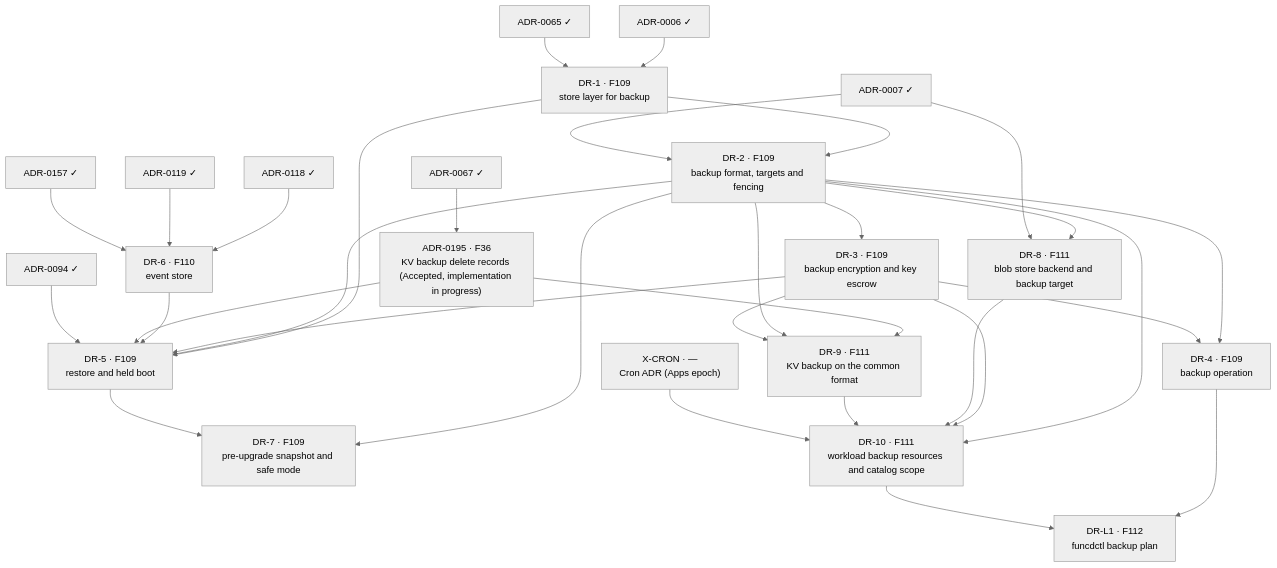
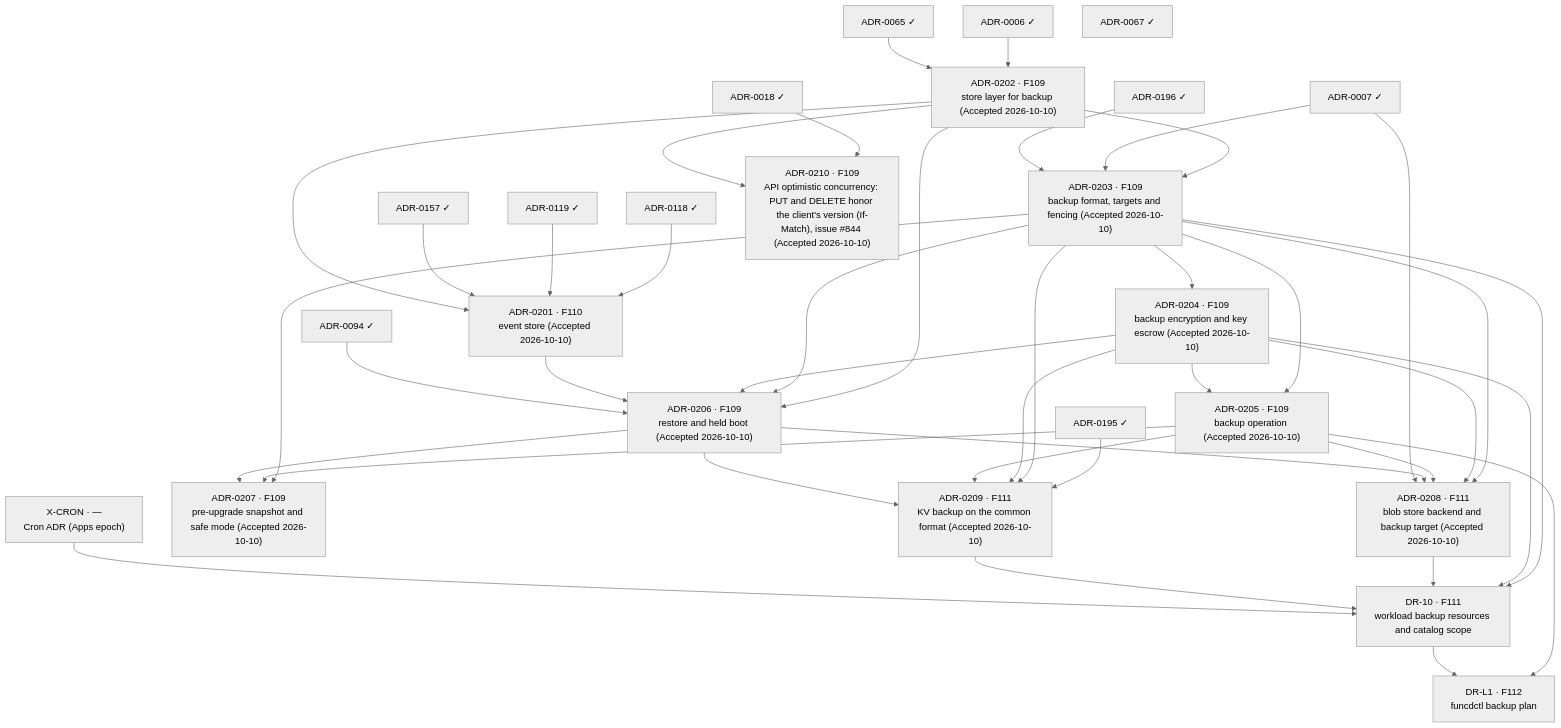
Before and after one commit to pyvvo/funcd: the diagram in docs/roadmap/dr-delivery-plan.md, drawn with Mermaid (neutral theme). The commit also changed other lines of this file and 26 other files, not shown here.

````diff
--- a/docs/roadmap/dr-delivery-plan.md
+++ b/docs/roadmap/dr-delivery-plan.md
@@ -69,56 +74,67 @@
 ```mermaid
 flowchart TB
     ADR_0006["ADR-0006 ✓"]
     ADR_0007["ADR-0007 ✓"]
+    ADR_0018["ADR-0018 ✓"]
     ADR_0065["ADR-0065 ✓"]
     ADR_0067["ADR-0067 ✓"]
     ADR_0094["ADR-0094 ✓"]
     ADR_0118["ADR-0118 ✓"]
     ADR_0119["ADR-0119 ✓"]
     ADR_0157["ADR-0157 ✓"]
-    ADR_0195["ADR-0195 · F36<br/>KV backup delete records (Accepted, implementation in progress)"]
+    ADR_0195["ADR-0195 ✓"]
+    ADR_0196["ADR-0196 ✓"]
     X_CRON["X-CRON · —<br/>Cron ADR (Apps epoch)"]
-    DR_1["DR-1 · F109<br/>store layer for backup"]
-    DR_6["DR-6 · F110<br/>event store"]
-    DR_2["DR-2 · F109<br/>backup format, targets and fencing"]
-    DR_3["DR-3 · F109<br/>backup encryption and key escrow"]
-    DR_4["DR-4 · F109<br/>backup operation"]
-    DR_5["DR-5 · F109<br/>restore and held boot"]
-    DR_7["DR-7 · F109<br/>pre-upgrade snapshot and safe mode"]
-    DR_8["DR-8 · F111<br/>blob store backend and backup target"]
-    DR_9["DR-9 · F111<br/>KV backup on the common format"]
+    ADR_0202["ADR-0202 · F109<br/>store layer for backup (Accepted 2026-10-10)"]
+    ADR_0201["ADR-0201 · F110<br/>event store (Accepted 2026-10-10)"]
+    ADR_0203["ADR-0203 · F109<br/>backup format, targets and fencing (Accepted 2026-10-10)"]
+    ADR_0204["ADR-0204 · F109<br/>backup encryption and key escrow (Accepted 2026-10-10)"]
+    ADR_0205["ADR-0205 · F109<br/>backup operation (Accepted 2026-10-10)"]
+    ADR_0206["ADR-0206 · F109<br/>restore and held boot (Accepted 2026-10-10)"]
+    ADR_0207["ADR-0207 · F109<br/>pre-upgrade snapshot and safe mode (Accepted 2026-10-10)"]
+    ADR_0208["ADR-0208 · F111<br/>blob store backend and backup target (Accepted 2026-10-10)"]
+    ADR_0209["ADR-0209 · F111<br/>KV backup on the common format (Accepted 2026-10-10)"]
     DR_10["DR-10 · F111<br/>workload backup resources and catalog scope"]
+    ADR_0210["ADR-0210 · F109<br/>API optimistic concurrency: PUT and DELETE honor the client's version (If-Match), issue #844 (Accepted 2026-10-10)"]
     DR_L1["DR-L1 · F112<br/>funcdctl backup plan"]
 
-    ADR_0067 --> ADR_0195
-    ADR_0006 --> DR_1
-    ADR_0065 --> DR_1
-    ADR_0118 --> DR_6
-    ADR_0119 --> DR_6
-    ADR_0157 --> DR_6
-    DR_1 --> DR_2
-    ADR_0007 --> DR_2
-    DR_2 --> DR_3
-    DR_2 --> DR_4
-    DR_3 --> DR_4
-    DR_1 --> DR_5
-    DR_2 --> DR_5
-    DR_3 --> DR_5
-    DR_6 --> DR_5
-    ADR_0195 --> DR_5
-    ADR_0094 --> DR_5
-    DR_2 --> DR_7
-    DR_5 --> DR_7
-    DR_2 --> DR_8
-    ADR_0007 --> DR_8
-    ADR_0195 --> DR_9
-    DR_2 --> DR_9
-    DR_3 --> DR_9
-    DR_2 --> DR_10
-    DR_3 --> DR_10
-    DR_8 --> DR_10
-    DR_9 --> DR_10
+    ADR_0006 --> ADR_0202
+    ADR_0065 --> ADR_0202
+    ADR_0118 --> ADR_0201
+    ADR_0119 --> ADR_0201
+    ADR_0157 --> ADR_0201
+    ADR_0202 --> ADR_0201
+    ADR_0202 --> ADR_0203
+    ADR_0007 --> ADR_0203
+    ADR_0196 --> ADR_0203
+    ADR_0203 --> ADR_0204
+    ADR_0203 --> ADR_0205
+    ADR_0204 --> ADR_0205
+    ADR_0202 --> ADR_0206
+    ADR_0203 --> ADR_0206
+    ADR_0204 --> ADR_0206
+    ADR_0201 --> ADR_0206
+    ADR_0094 --> ADR_0206
+    ADR_0203 --> ADR_0207
+    ADR_0205 --> ADR_0207
+    ADR_0206 --> ADR_0207
+    ADR_0203 --> ADR_0208
+    ADR_0204 --> ADR_0208
+    ADR_0205 --> ADR_0208
+    ADR_0206 --> ADR_0208
+    ADR_0007 --> ADR_0208
+    ADR_0195 --> ADR_0209
+    ADR_0203 --> ADR_0209
+    ADR_0204 --> ADR_0209
+    ADR_0205 --> ADR_0209
+    ADR_0206 --> ADR_0209
+    ADR_0203 --> DR_10
+    ADR_0204 --> DR_10
+    ADR_0208 --> DR_10
+    ADR_0209 --> DR_10
     X_CRON --> DR_10
-    DR_4 --> DR_L1
+    ADR_0018 --> ADR_0210
+    ADR_0202 --> ADR_0210
+    ADR_0205 --> DR_L1
     DR_10 --> DR_L1
 ```
````
